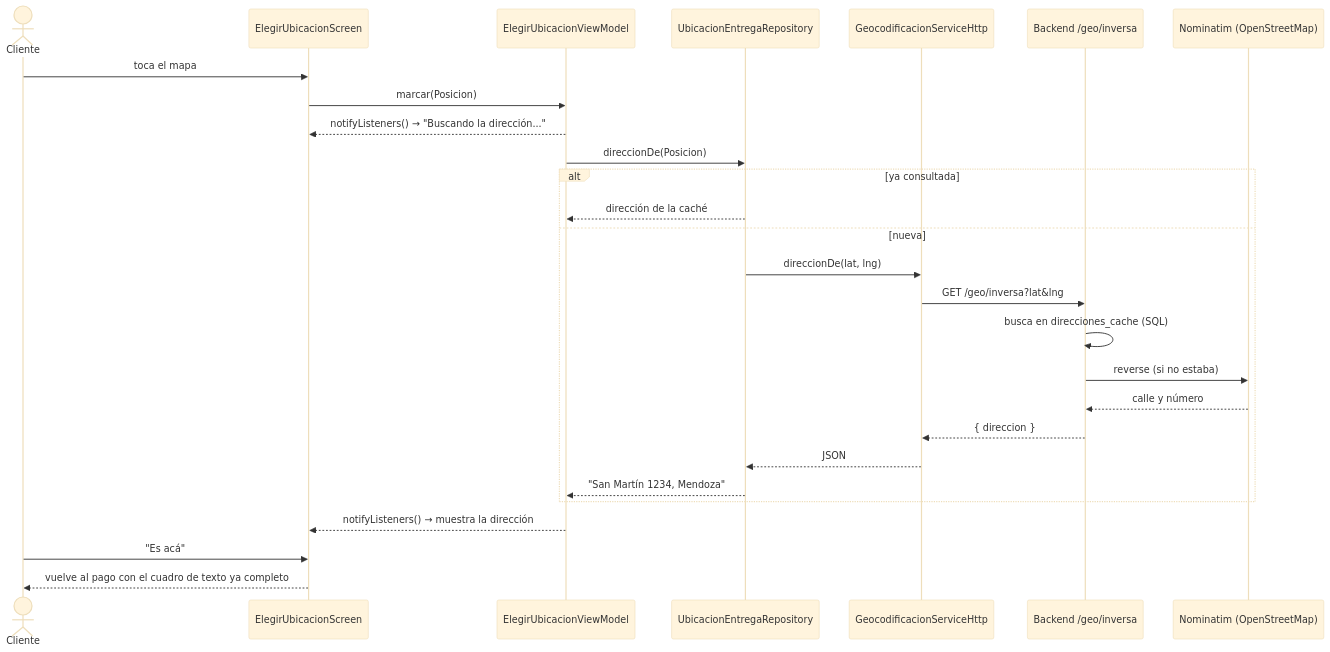
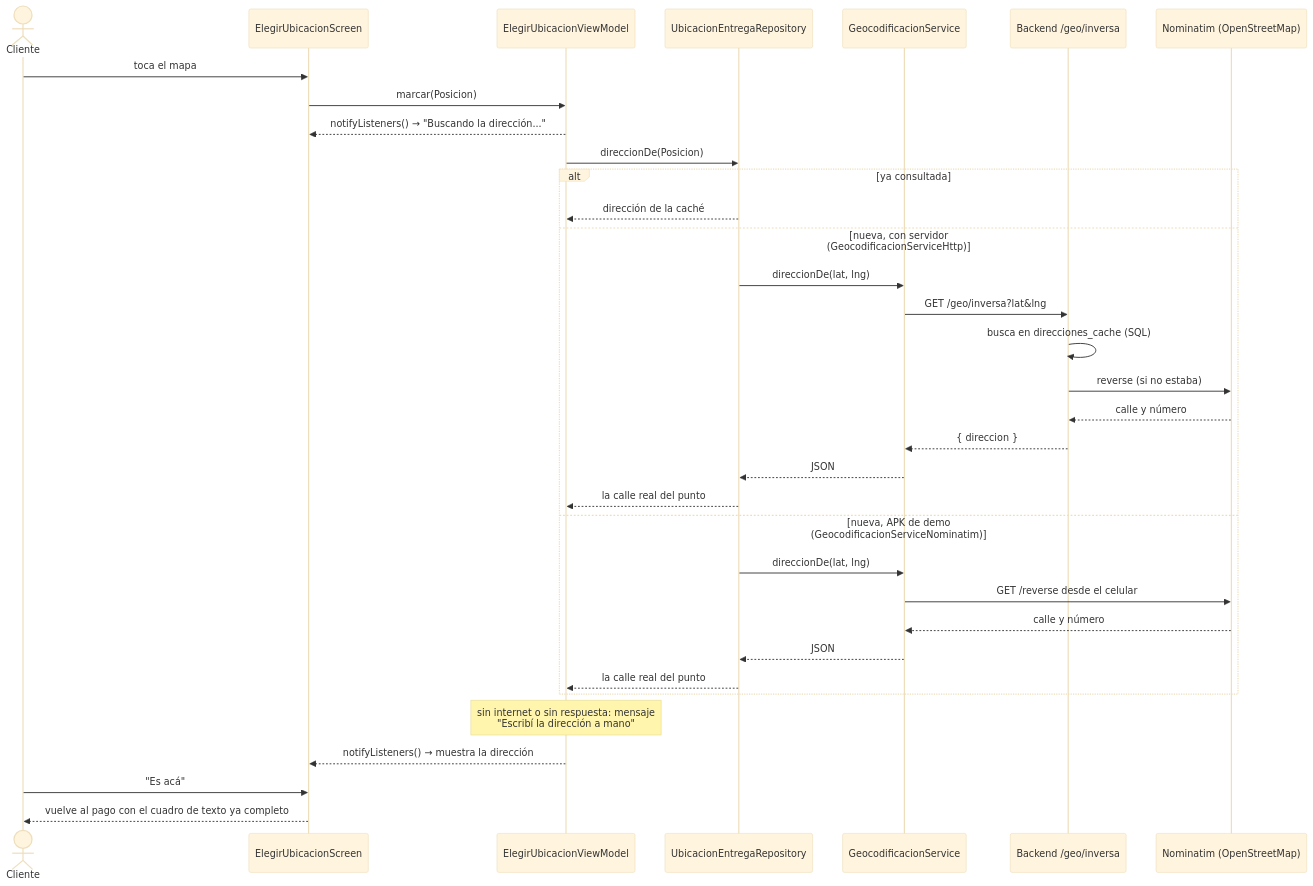
Before and after one commit to ZogeGBR/ProgAppCelu: the fourth of 9 diagrams in docs/ARQUITECTURA.md, drawn with Mermaid (base theme). The commit also changed other lines of this file and 18 other files, not shown here.

````diff
--- a/docs/ARQUITECTURA.md
+++ b/docs/ARQUITECTURA.md
@@ -350,30 +443,37 @@
 ```mermaid
 sequenceDiagram
     actor Cliente
     participant V as ElegirUbicacionScreen
     participant VM as ElegirUbicacionViewModel
     participant R as UbicacionEntregaRepository
-    participant S as GeocodificacionServiceHttp
+    participant S as GeocodificacionService
     participant B as Backend /geo/inversa
     participant N as Nominatim (OpenStreetMap)
 
     Cliente->>V: toca el mapa
     V->>VM: marcar(Posicion)
     VM-->>V: notifyListeners() → "Buscando la dirección..."
     VM->>R: direccionDe(Posicion)
     alt ya consultada
         R-->>VM: dirección de la caché
-    else nueva
+    else nueva, con servidor (GeocodificacionServiceHttp)
         R->>S: direccionDe(lat, lng)
         S->>B: GET /geo/inversa?lat&lng
         B->>B: busca en direcciones_cache (SQL)
         B->>N: reverse (si no estaba)
         N-->>B: calle y número
         B-->>S: { direccion }
         S-->>R: JSON
-        R-->>VM: "San Martín 1234, Mendoza"
+        R-->>VM: la calle real del punto
+    else nueva, APK de demo (GeocodificacionServiceNominatim)
+        R->>S: direccionDe(lat, lng)
+        S->>N: GET /reverse desde el celular
+        N-->>S: calle y número
+        S-->>R: JSON
+        R-->>VM: la calle real del punto
     end
+    Note over VM: sin internet o sin respuesta: mensaje<br/>"Escribí la dirección a mano"
     VM-->>V: notifyListeners() → muestra la dirección
     Cliente->>V: "Es acá"
     V-->>Cliente: vuelve al pago con el cuadro de texto ya completo
 ```
````
